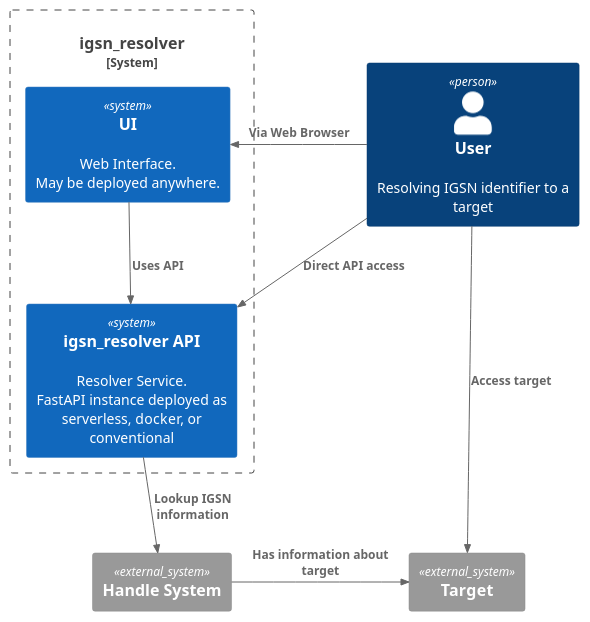
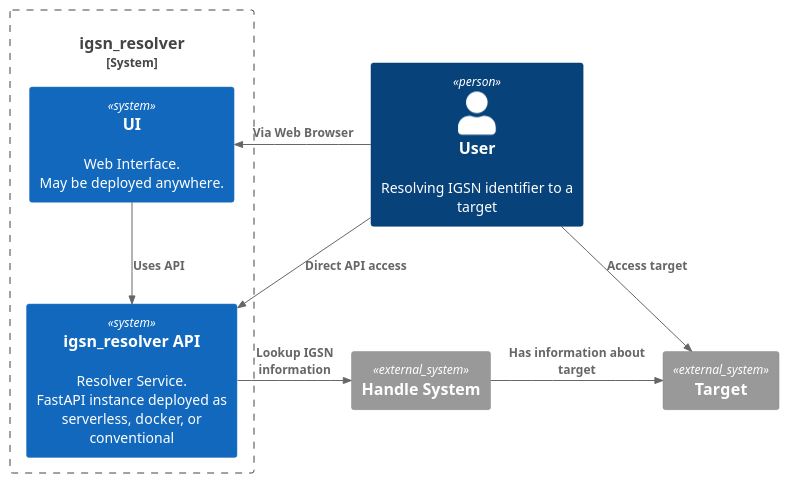
The diagram in UML/container.puml (datadavev/igsn_resolver), drawn with PlantUML before and after one commit.

Commit message:
Adjsut diagram layout

```diff
--- a/UML/container.puml
+++ b/UML/container.puml
@@ -1,17 +1,17 @@
 @startuml
 !include https://raw.githubusercontent.com/plantuml-stdlib/C4-PlantUML/master/C4_Container.puml
 
 Person(user, "User", "Resolving IGSN identifier to a target")
 System_Boundary(ir, "igsn_resolver") {
     System(rui, "UI", "Web Interface.\nMay be deployed anywhere.")
     System(rigsn, "igsn_resolver API", "Resolver Service.\nFastAPI instance deployed as serverless, docker, or conventional")
     Rel(rui, rigsn, "Uses API")
 }
 System_Ext(hdl, "Handle System")
 System_Ext(target, "Target")
 Rel_L(user, rui, "Via Web Browser")
 Rel(user, rigsn, "Direct API access")
-Rel(rigsn, hdl, "Lookup IGSN information")
+Rel_R(rigsn, hdl, "Lookup IGSN information")
 Rel(user, target, "Access target")
 Rel_R(hdl, target, "Has information about target")
 @enduml
```
